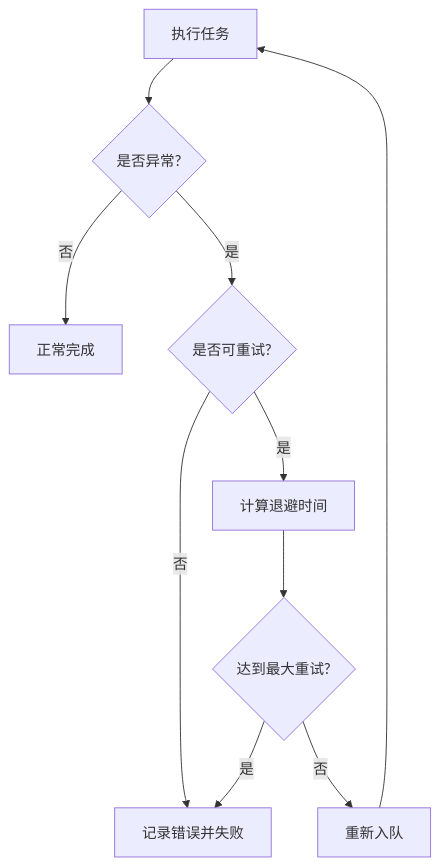
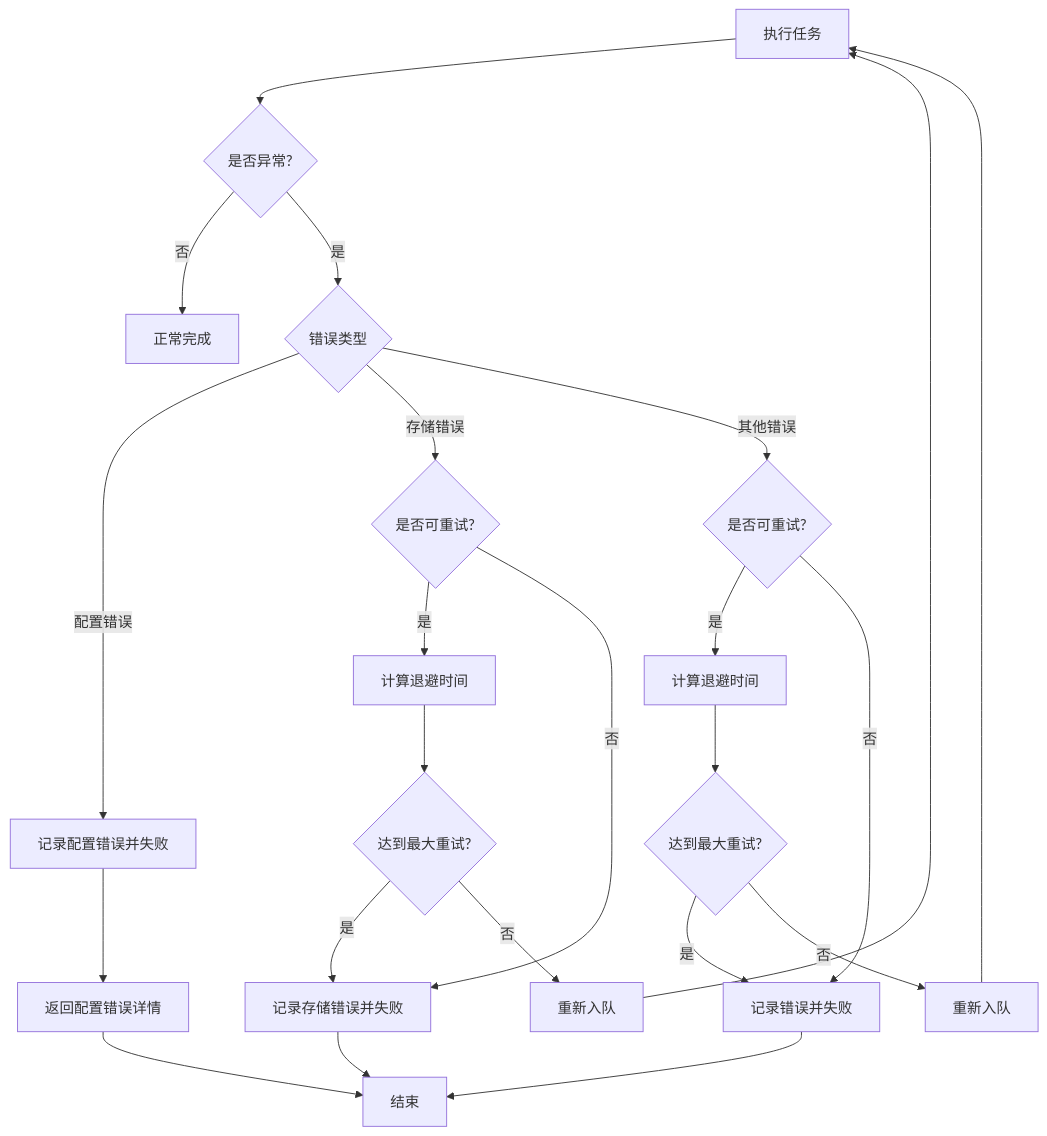
One commit to AIMFllyYS/code-video-canvas changed the ninth of 10 diagrams in .qoder/repowiki/zh/content/核心功能模块/渲染引擎/导出服务.md. Above: the diagram before and after it, drawn with Mermaid. The commit also changed other lines of this file and 31 other files, not shown here.

````diff
--- a/.qoder/repowiki/zh/content/核心功能模块/渲染引擎/导出服务.md
+++ b/.qoder/repowiki/zh/content/核心功能模块/渲染引擎/导出服务.md
@@ -348,12 +500,25 @@
 ```mermaid
 flowchart TD
 A["执行任务"] --> B{"是否异常?"}
 B --> |否| C["正常完成"]
-B --> |是| D{"是否可重试?"}
-D --> |否| E["记录错误并失败"]
-D --> |是| F["计算退避时间"]
-F --> G{"达到最大重试?"}
-G --> |是| E
-G --> |否| H["重新入队"]
-H --> A
+B --> |是| D{"错误类型"}
+D --> |配置错误| E["记录配置错误并失败"]
+D --> |存储错误| F{"是否可重试?"}
+D --> |其他错误| G{"是否可重试?"}
+E --> H["返回配置错误详情"]
+F --> |是| I["计算退避时间"]
+F --> |否| J["记录存储错误并失败"]
+G --> |是| K["计算退避时间"]
+G --> |否| L["记录错误并失败"]
+I --> M{"达到最大重试?"}
+K --> N{"达到最大重试?"}
+M --> |是| J
+M --> |否| O["重新入队"]
+N --> |是| L
+N --> |否| P["重新入队"]
+O --> A
+P --> A
+J --> Q["结束"]
+L --> Q
+H --> Q
 ```
````
